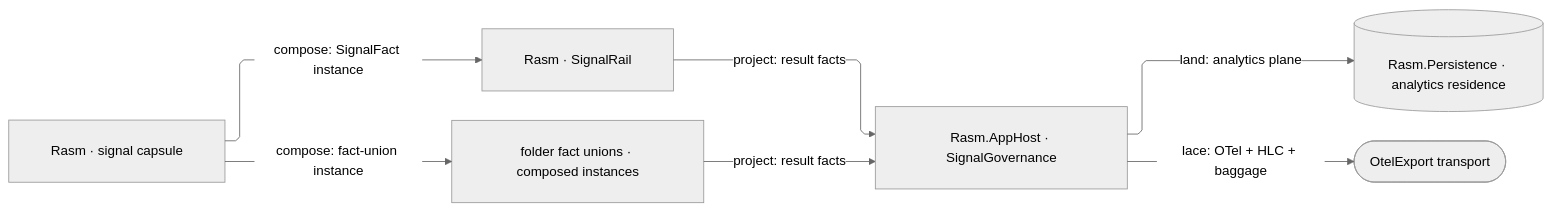
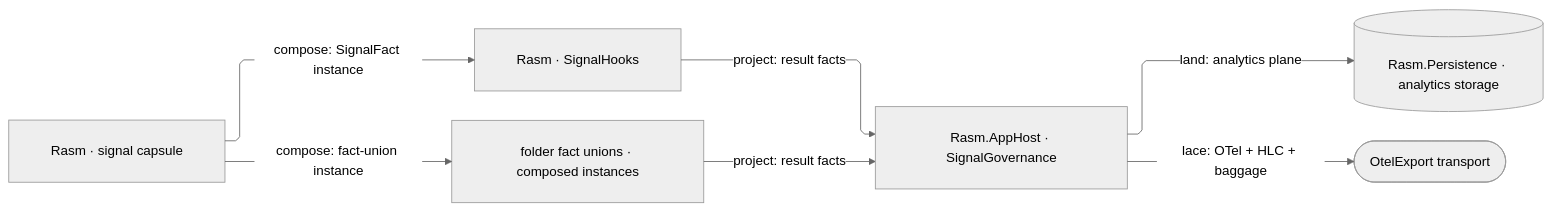
Before and after one commit to bsamiee/Rasm: the fifth of 5 diagrams in libs/dotnet/.planning/ARCHITECTURE.md, drawn with Mermaid (neutral theme). The commit also changed other lines of this file and 1997 other files, not shown here.

First line of the commit message:
docs: rename rail to result and seam to boundary across the corpus

````diff
--- a/libs/dotnet/.planning/ARCHITECTURE.md
+++ b/libs/dotnet/.planning/ARCHITECTURE.md
@@ -238,24 +238,24 @@
 ```mermaid
 ---
 config:
   layout: elk
   flowchart:
     curve: linear
     padding: 25
 ---
 flowchart LR
     accTitle: .NET branch signal plane spine
     accDescr: How canonical operation results project into AppHost governance and where telemetry leaves or lands.
     Capsule[Rasm · signal capsule]
-    KernelRail[Rasm · SignalRail]
+    KernelSignal[Rasm · SignalHooks]
     Folders[folder fact unions · composed instances]
     Governance[Rasm.AppHost · SignalGovernance]
-    Residence[(Rasm.Persistence · analytics residence)]
+    Storage[(Rasm.Persistence · analytics storage)]
     Egress([OtelExport transport])
-    Capsule e1@-->|"compose: SignalFact instance"| KernelRail
+    Capsule e1@-->|"compose: SignalFact instance"| KernelSignal
     Capsule e2@-->|"compose: fact-union instance"| Folders
-    KernelRail e3@-->|"project: result facts"| Governance
+    KernelSignal e3@-->|"project: result facts"| Governance
     Folders e4@-->|"project: result facts"| Governance
-    Governance e5@-->|"land: analytics plane"| Residence
+    Governance e5@-->|"land: analytics plane"| Storage
     Governance e6@-->|"lace: OTel + HLC + baggage"| Egress
 ```
````
